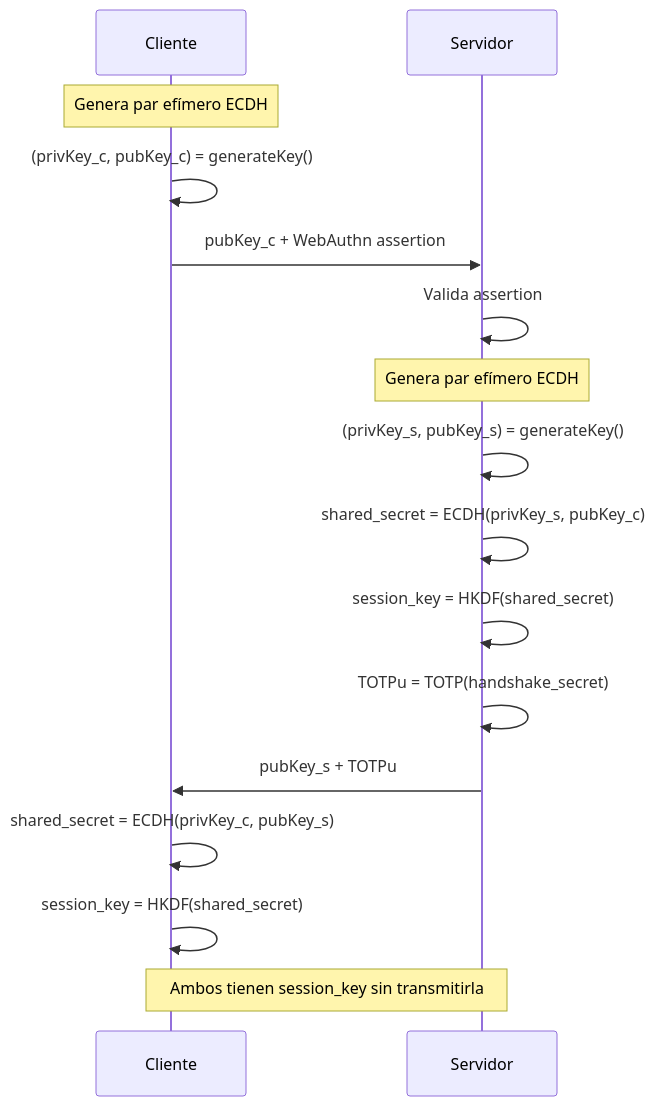
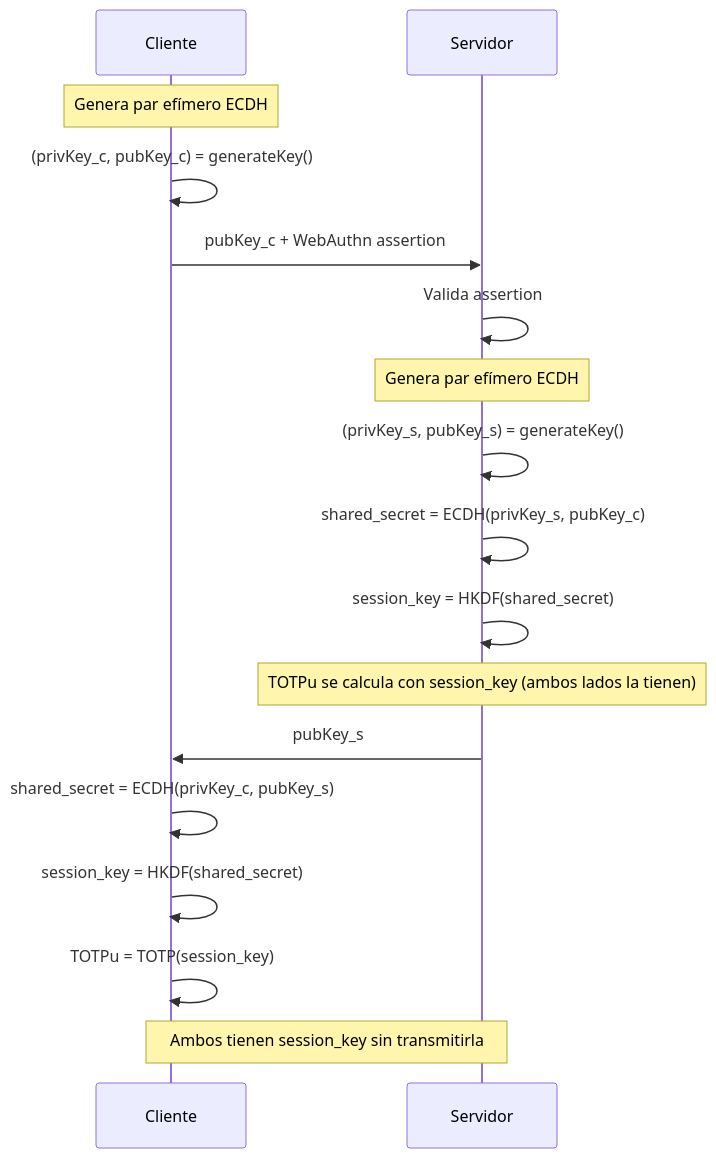
Before and after one commit to Ragnarsss/capstone-backend: the second of 5 diagrams in documents/03-especificaciones-tecnicas/02-componentes-criptograficos.md, drawn with Mermaid. The commit also changed other lines of this file and 4 other files, not shown here.

````diff
--- a/documents/03-especificaciones-tecnicas/02-componentes-criptograficos.md
+++ b/documents/03-especificaciones-tecnicas/02-componentes-criptograficos.md
@@ -99,22 +99,23 @@
 ```mermaid
 sequenceDiagram
     participant C as Cliente
     participant S as Servidor
 
     Note over C: Genera par efímero ECDH
     C->>C: (privKey_c, pubKey_c) = generateKey()
     C->>S: pubKey_c + WebAuthn assertion
     
     S->>S: Valida assertion
     Note over S: Genera par efímero ECDH
     S->>S: (privKey_s, pubKey_s) = generateKey()
     S->>S: shared_secret = ECDH(privKey_s, pubKey_c)
     S->>S: session_key = HKDF(shared_secret)
-    S->>S: TOTPu = TOTP(handshake_secret)
-    S->>C: pubKey_s + TOTPu
+    Note over S: TOTPu se calcula con session_key (ambos lados la tienen)
+    S->>C: pubKey_s
     
     C->>C: shared_secret = ECDH(privKey_c, pubKey_s)
     C->>C: session_key = HKDF(shared_secret)
+    C->>C: TOTPu = TOTP(session_key)
     
     Note over C,S: Ambos tienen session_key sin transmitirla
 ```
````
